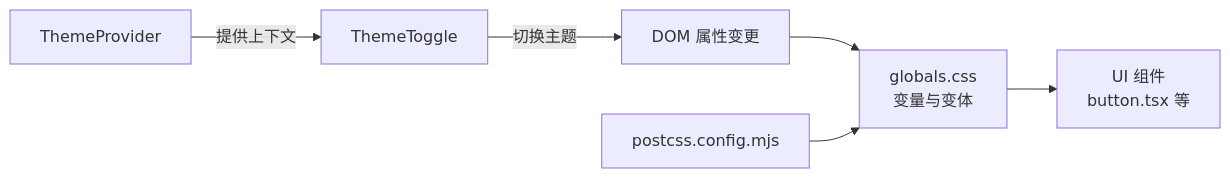
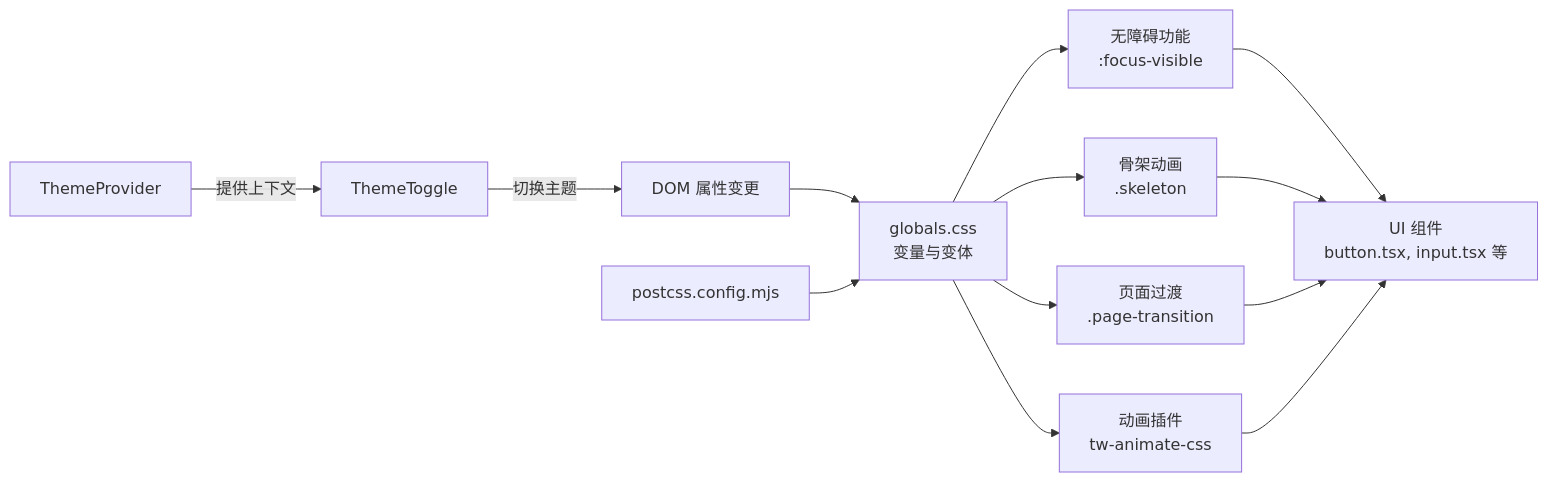
One commit to RadiumAg/image-saas changed the sixth of 6 diagrams in .qoder/repowiki/zh/content/前端组件架构/主题系统.md. Above: the diagram before and after it, drawn with Mermaid. The commit also changed other lines of this file and 9 other files, not shown here.

````diff
--- a/.qoder/repowiki/zh/content/前端组件架构/主题系统.md
+++ b/.qoder/repowiki/zh/content/前端组件架构/主题系统.md
@@ -264,8 +435,15 @@
 ```mermaid
 graph LR
 TP["ThemeProvider"] --> |提供上下文| TT["ThemeToggle"]
 TT --> |切换主题| DOM["DOM 属性变更"]
 DOM --> CSS["globals.css<br/>变量与变体"]
-CSS --> UI["UI 组件<br/>button.tsx 等"]
+CSS --> Accessibility["无障碍功能<br/>:focus-visible"]
+CSS --> Skeleton["骨架动画<br/>.skeleton"]
+CSS --> Transitions["页面过渡<br/>.page-transition"]
+CSS --> AnimationPlugin["动画插件<br/>tw-animate-css"]
+Accessibility --> UI["UI 组件<br/>button.tsx, input.tsx 等"]
+Skeleton --> UI
+Transitions --> UI
+AnimationPlugin --> UI
 PC["postcss.config.mjs"] --> CSS
 ```
````
